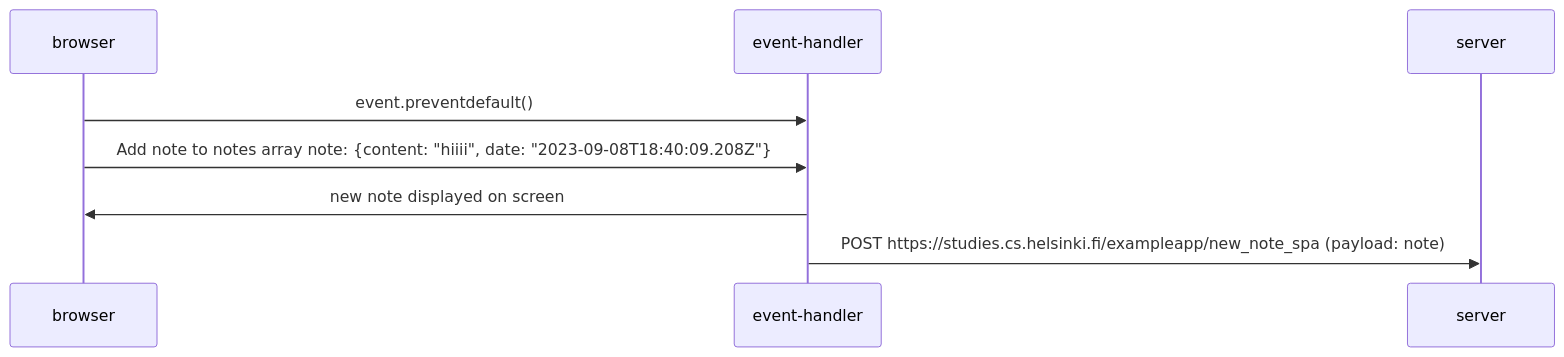
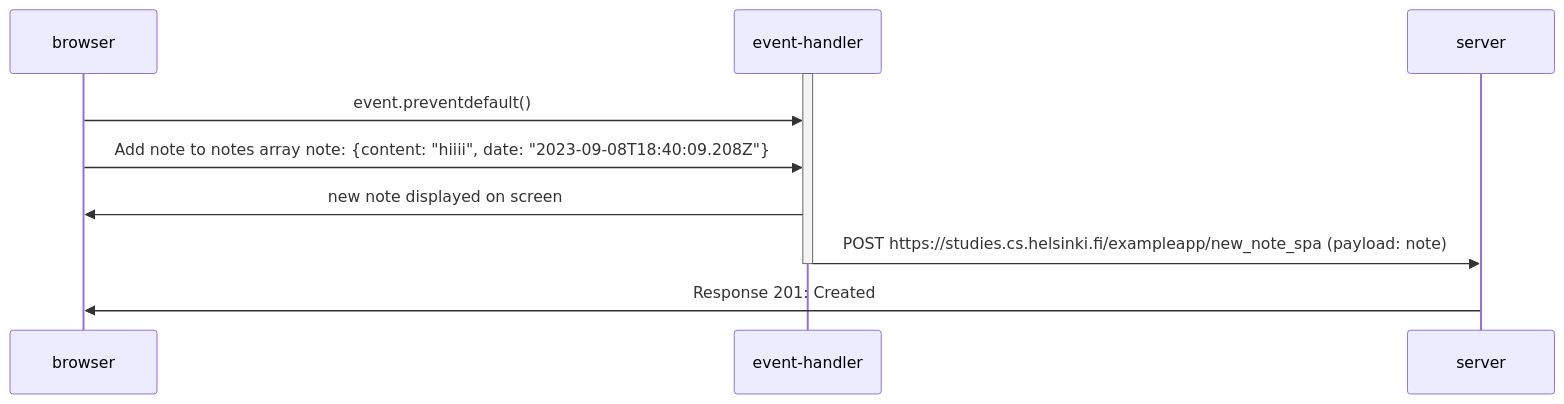
The diagram in 0.6.md (patrickrooney09/fsoex0.1-0.6), drawn with Mermaid before and after one commit.

````diff
--- a/0.6.md
+++ b/0.6.md
@@ -1,16 +1,19 @@
 ```mermaid
 sequenceDiagram
     participant browser
     participant event-handler
     participant server
     
 
-    
+    activate event-handler
     browser ->> event-handler: event.preventdefault()
     browser ->> event-handler: Add note to notes array note: {content: "hiiii", date: "2023-09-08T18:40:09.208Z"}
     
     event-handler ->> browser: new note displayed on screen
     event-handler->>server: POST https://studies.cs.helsinki.fi/exampleapp/new_note_spa (payload: note)
-                           
+    deactivate event-handler
+    
+    
+    server ->> browser: Response 201: Created               
     
 ```
````
